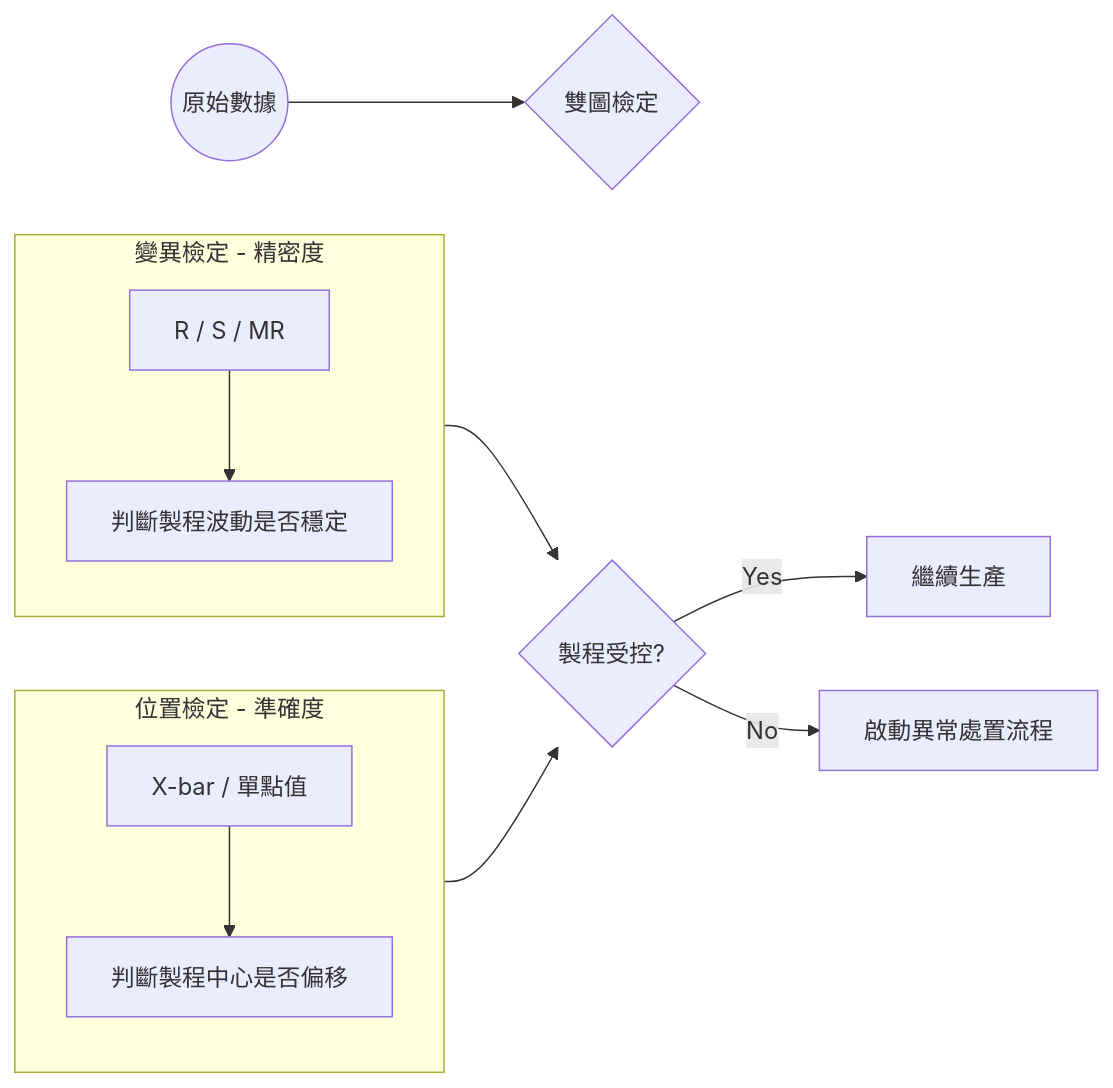
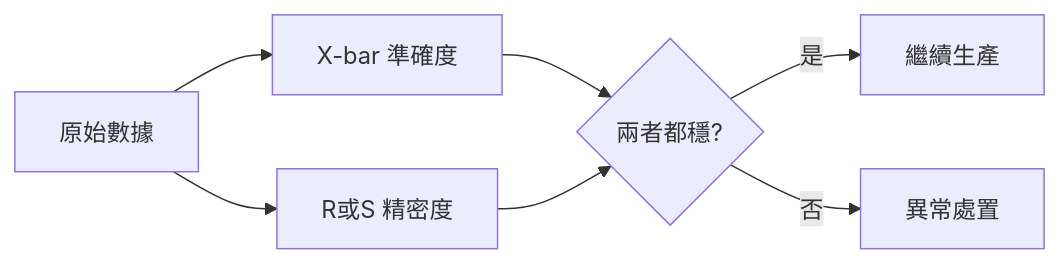
Before and after one commit to LonelyYeezhiChicken/chicken-personal: the diagram in docs/spc/core-model/dual-chart-philosophy.md, drawn with Mermaid. The commit also changed other lines of this file and 25 other files, not shown here.

````diff
--- a/docs/spc/core-model/dual-chart-philosophy.md
+++ b/docs/spc/core-model/dual-chart-philosophy.md
@@ -28,22 +25,9 @@
 ```mermaid
 graph LR
-    Data((原始數據)) --> Split{雙圖檢定}
-    
-    subgraph Location [位置檢定 - 準確度]
-        direction TB
-        Xbar[X-bar / 單點值]
-        Xbar --> X_Rules[判斷製程中心是否偏移]
-    end
-    
-    subgraph Variation [變異檢定 - 精密度]
-        direction TB
-        Range[R / S / MR]
-        Range --> R_Rules[判斷製程波動是否穩定]
-    end
-
-    X_Rules --> Conclusion{製程受控?}
-    R_Rules --> Conclusion
-    
-    Conclusion -- Yes --> Maintain[繼續生產]
-    Conclusion -- No --> OCAP[啟動異常處置流程]
+  Data[原始數據] --> Xbar[X-bar 準確度]
+  Data --> Range[R或S 精密度]
+  Xbar --> OK{兩者都穩?}
+  Range --> OK
+  OK -->|是| Run[繼續生產]
+  OK -->|否| OCAP[異常處置]
 ```
````
